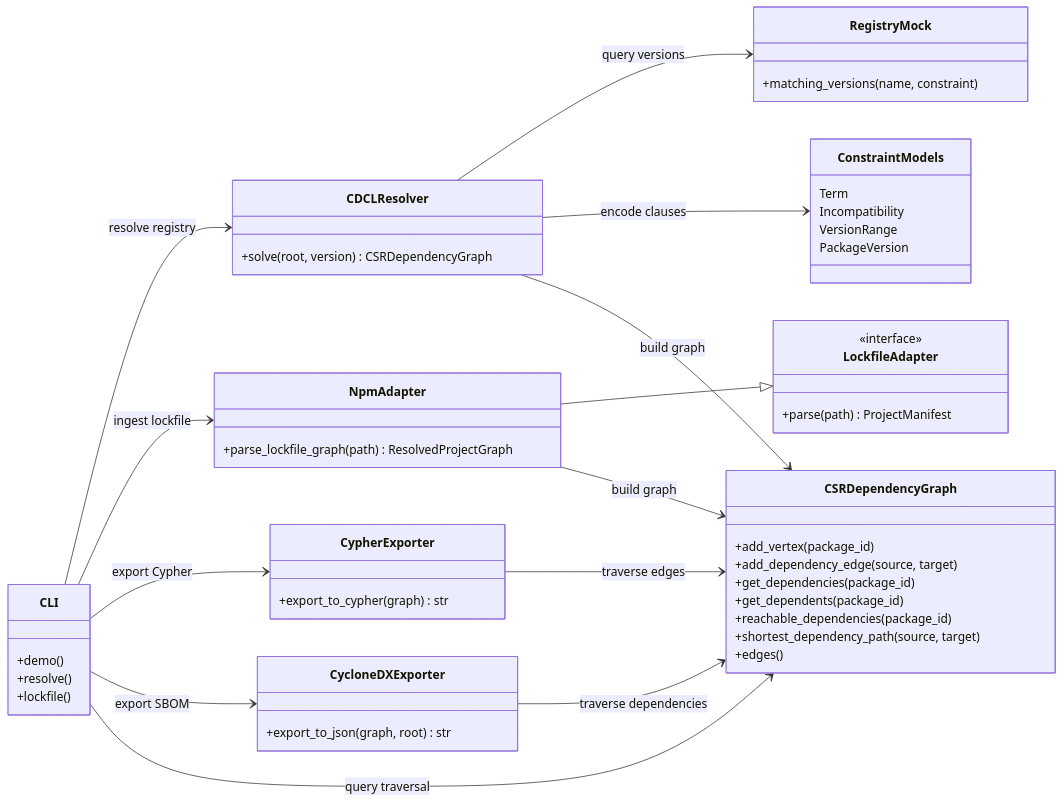
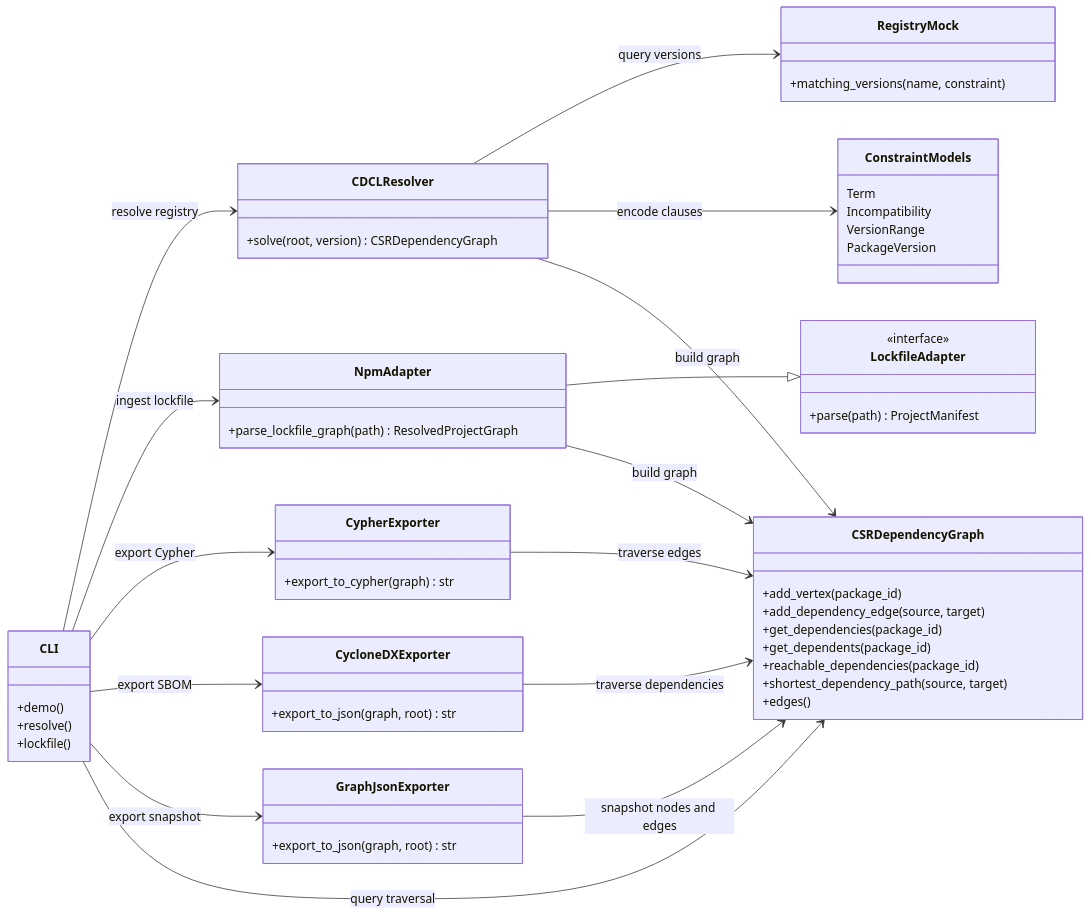
One commit to xsub/EnterpriseLinux-SoftwareSupplyChain changed the first of 2 diagrams in README.md. Above: the diagram before and after it, drawn with Mermaid. The commit also changed other lines of this file and 4 other files, not shown here.

Commit message:
Add graph JSON snapshot exporter

````diff
--- a/README.md
+++ b/README.md
@@ -67,55 +68,60 @@
 ```mermaid
 classDiagram
 direction LR
 class CLI {
   +demo()
   +resolve()
   +lockfile()
 }
 class LockfileAdapter {
   <<interface>>
   +parse(path) ProjectManifest
 }
 class NpmAdapter {
   +parse_lockfile_graph(path) ResolvedProjectGraph
 }
 class RegistryMock {
   +matching_versions(name, constraint)
 }
 class CDCLResolver {
   +solve(root, version) CSRDependencyGraph
 }
 class CSRDependencyGraph {
   +add_vertex(package_id)
   +add_dependency_edge(source, target)
   +get_dependencies(package_id)
   +get_dependents(package_id)
   +reachable_dependencies(package_id)
   +shortest_dependency_path(source, target)
   +edges()
 }
 class CypherExporter {
   +export_to_cypher(graph) str
 }
 class CycloneDXExporter {
   +export_to_json(graph, root) str
 }
+class GraphJsonExporter {
+  +export_to_json(graph, root) str
+}
 class ConstraintModels {
   Term
   Incompatibility
   VersionRange
   PackageVersion
 }
 CLI --> CDCLResolver : resolve registry
 CLI --> NpmAdapter : ingest lockfile
 NpmAdapter --|> LockfileAdapter
 CDCLResolver --> RegistryMock : query versions
 CDCLResolver --> ConstraintModels : encode clauses
 CDCLResolver --> CSRDependencyGraph : build graph
 NpmAdapter --> CSRDependencyGraph : build graph
 CLI --> CypherExporter : export Cypher
 CLI --> CycloneDXExporter : export SBOM
+CLI --> GraphJsonExporter : export snapshot
 CLI --> CSRDependencyGraph : query traversal
 CypherExporter --> CSRDependencyGraph : traverse edges
 CycloneDXExporter --> CSRDependencyGraph : traverse dependencies
+GraphJsonExporter --> CSRDependencyGraph : snapshot nodes and edges
 ```
````
